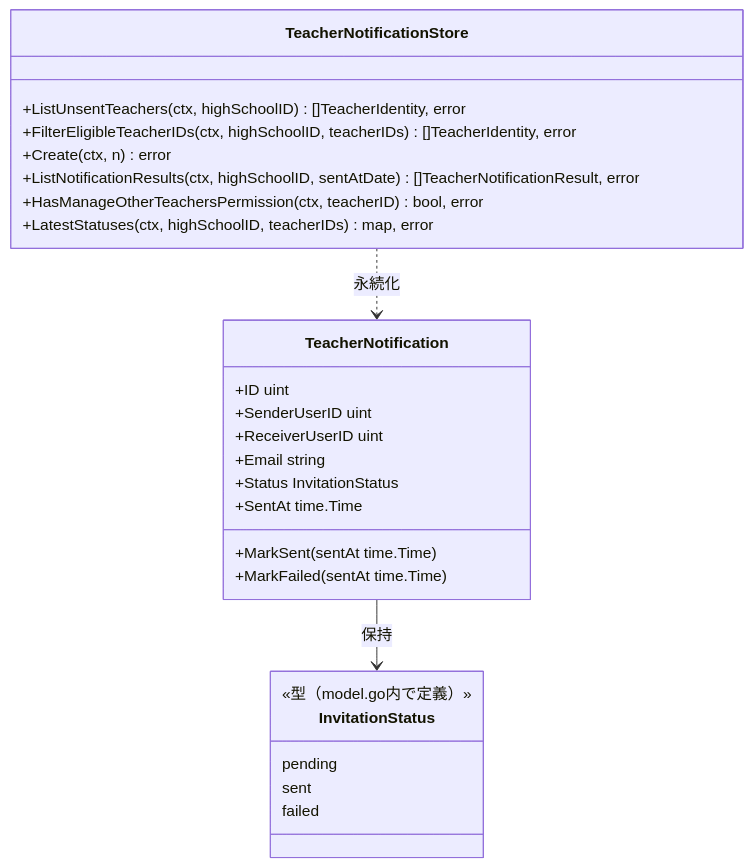
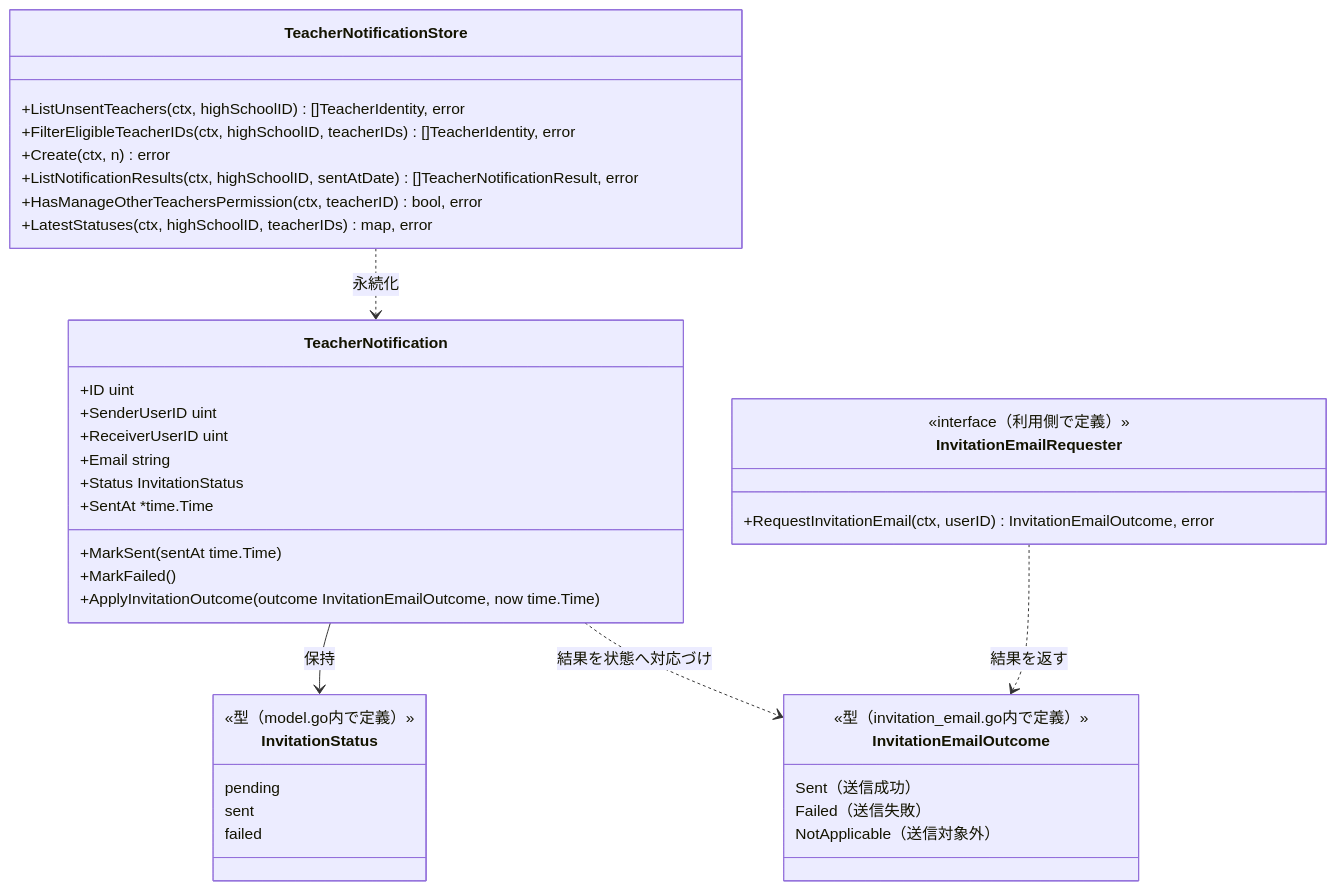
One commit to yuta20253/edu-platform-go-design changed the first of 2 diagrams in 計画書/Go実装仕様書/教員招待通知機能_Go実装仕様書.md. Above: the diagram before and after it, drawn with Mermaid. The commit also changed other lines of this file and 34 other files, not shown here.

````diff
--- a/計画書/Go実装仕様書/教員招待通知機能_Go実装仕様書.md
+++ b/計画書/Go実装仕様書/教員招待通知機能_Go実装仕様書.md
@@ -116,30 +119,43 @@
 ```mermaid
 classDiagram
     class TeacherNotification {
       +ID uint
       +SenderUserID uint
       +ReceiverUserID uint
       +Email string
       +Status InvitationStatus
-      +SentAt time.Time
+      +SentAt *time.Time
       +MarkSent(sentAt time.Time)
-      +MarkFailed(sentAt time.Time)
+      +MarkFailed()
+      +ApplyInvitationOutcome(outcome InvitationEmailOutcome, now time.Time)
     }
     class InvitationStatus {
       <<型（model.go内で定義）>>
       pending
       sent
       failed
+    }
+    class InvitationEmailOutcome {
+      <<型（invitation_email.go内で定義）>>
+      Sent（送信成功）
+      Failed（送信失敗）
+      NotApplicable（送信対象外）
+    }
+    class InvitationEmailRequester {
+      <<interface（利用側で定義）>>
+      +RequestInvitationEmail(ctx, userID) InvitationEmailOutcome, error
     }
     class TeacherNotificationStore {
       +ListUnsentTeachers(ctx, highSchoolID) []TeacherIdentity, error
       +FilterEligibleTeacherIDs(ctx, highSchoolID, teacherIDs) []TeacherIdentity, error
       +Create(ctx, n) error
       +ListNotificationResults(ctx, highSchoolID, sentAtDate) []TeacherNotificationResult, error
       +HasManageOtherTeachersPermission(ctx, teacherID) bool, error
       +LatestStatuses(ctx, highSchoolID, teacherIDs) map, error
     }
 
     TeacherNotification --> InvitationStatus : 保持
+    TeacherNotification ..> InvitationEmailOutcome : 結果を状態へ対応づけ
     TeacherNotificationStore ..> TeacherNotification : 永続化
+    InvitationEmailRequester ..> InvitationEmailOutcome : 結果を返す
 ```
````
